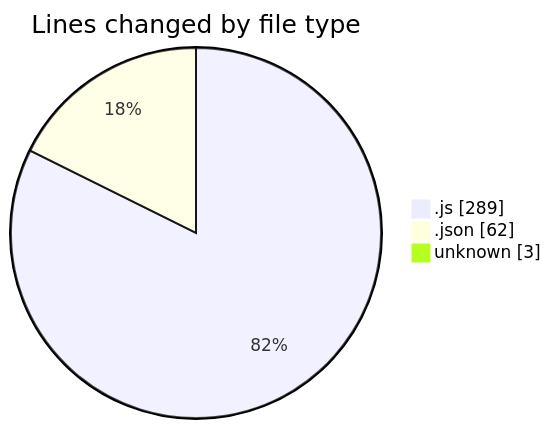
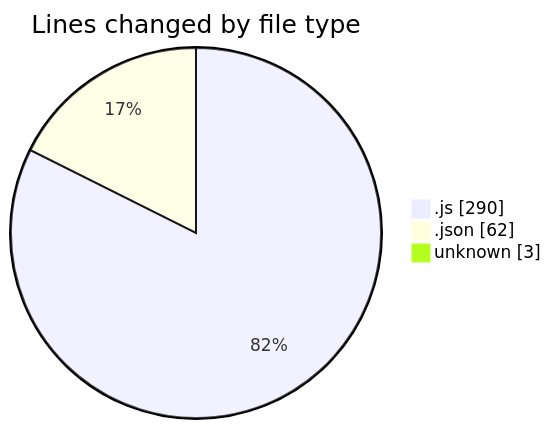
The first of 2 diagrams in 2025-07-02/mern-thinkboard/README.md (Ritupan-Deka/code-tracking), drawn with Mermaid before and after one commit. The commit also changed other lines of this file and 1 other file, not shown here.

````diff
--- a/2025-07-02/mern-thinkboard/README.md
+++ b/2025-07-02/mern-thinkboard/README.md
@@ -28,7 +28,7 @@
 ```mermaid
 pie showData
 title Lines changed by file type
-".js" : 289
+".js" : 290
 ".json" : 62
 "unknown" : 3
 ```
````
